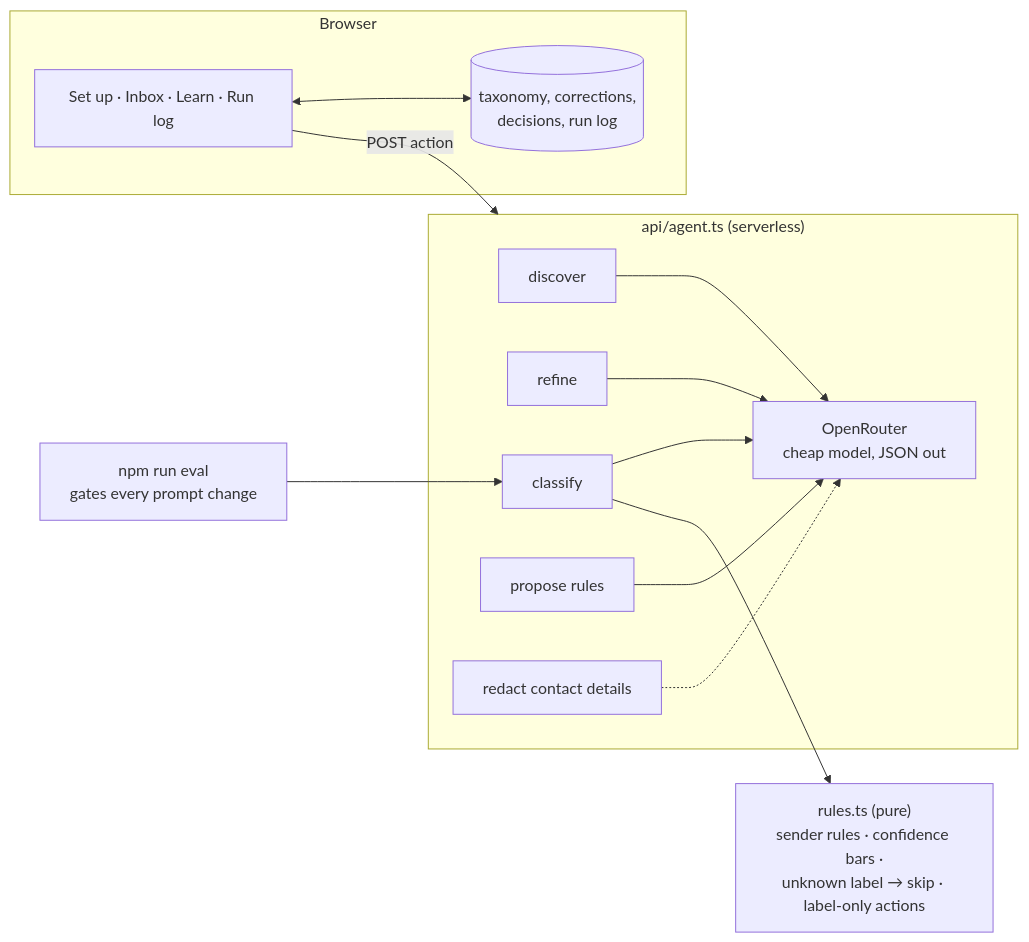
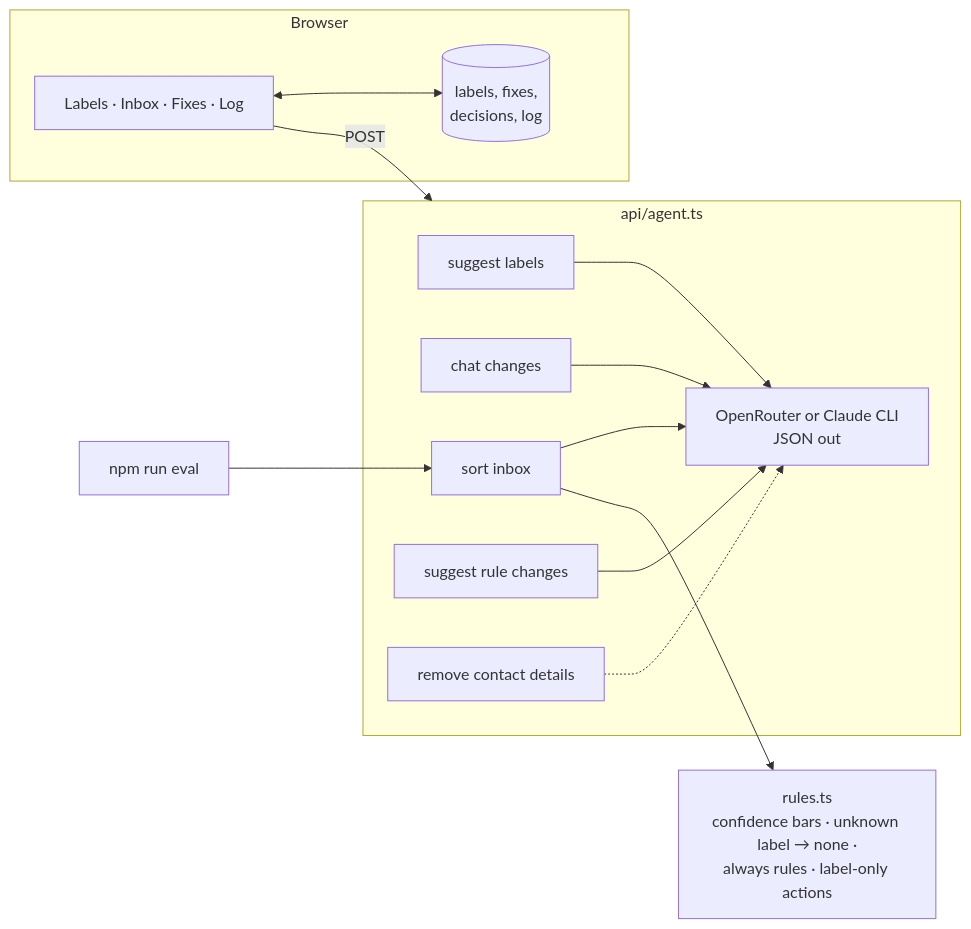
The diagram in docs/architecture.md (nishpn01/inbox-agent), drawn with Mermaid before and after one commit. The commit also changed other lines of this file and 2 other files, not shown here.

````diff
--- a/docs/architecture.md
+++ b/docs/architecture.md
@@ -5,20 +5,20 @@
 ```mermaid
 flowchart LR
   subgraph Browser
-    UI[Set up · Inbox · Learn · Run log]
-    State[(taxonomy, corrections,<br/>decisions, run log)]
+    UI[Labels · Inbox · Fixes · Log]
+    State[(labels, fixes,<br/>decisions, log)]
   end
-  subgraph Server["api/agent.ts (serverless)"]
-    D[discover] --> LLM
-    R[refine] --> LLM
-    C[classify] --> LLM
-    P[propose rules] --> LLM
-    Red[redact contact details] -.-> LLM
-    LLM[OpenRouter<br/>cheap model, JSON out]
+  subgraph Server["api/agent.ts"]
+    D[suggest labels] --> LLM
+    R[chat changes] --> LLM
+    C[sort inbox] --> LLM
+    P[suggest rule changes] --> LLM
+    Red[remove contact details] -.-> LLM
+    LLM[OpenRouter or Claude CLI<br/>JSON out]
   end
-  Rules["rules.ts (pure)<br/>sender rules · confidence bars ·<br/>unknown label → skip · label-only actions"]
+  Rules["rules.ts<br/>confidence bars · unknown label → none ·<br/>always rules · label-only actions"]
   UI <--> State
-  UI -->|POST action| Server
+  UI -->|POST| Server
   C --> Rules
-  Eval[npm run eval<br/>gates every prompt change] --> C
+  Eval[npm run eval] --> C
 ```
````
